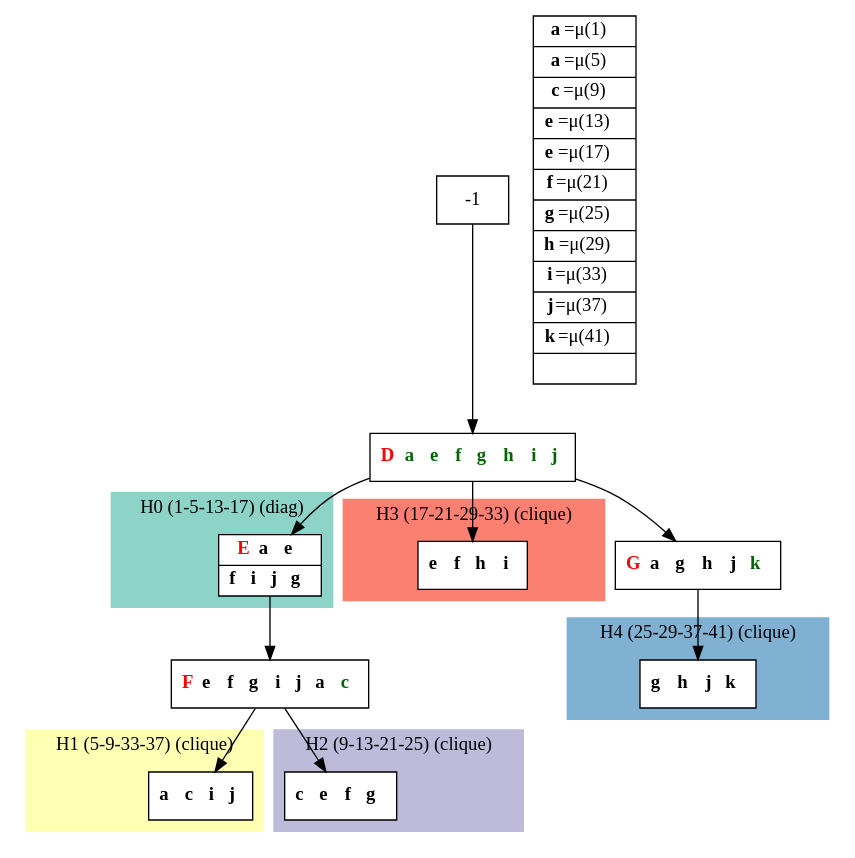
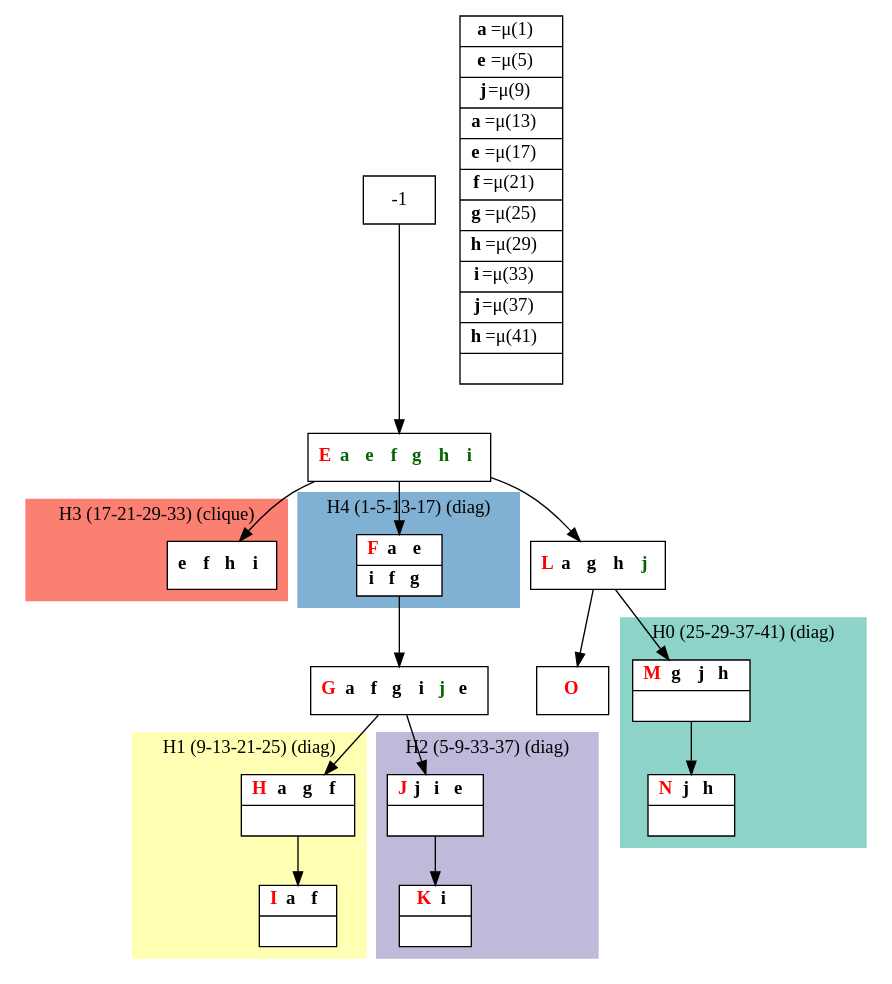
Before and after one commit to bmarchand/auto-dp: the diagram in results/compact_dot_files/compact_C5_letters.dot, drawn with Graphviz. The commit also changed 89 other files, not shown here.

```diff
--- a/results/compact_dot_files/compact_C5_letters.dot
+++ b/results/compact_dot_files/compact_C5_letters.dot
@@ -1,60 +1,65 @@
 digraph G {
     node [shape=box];
     subgraph cluster0 {
         node [style=filled,fillcolor=white];
         labeljust="l";
         style=filled;
         color="#8DD3C7";
-        H0_0;
-        label="H0 (1-5-13-17) (diag)";
+        H0_0 -> H0_5;
+        label="H0 (25-29-37-41) (diag)";
     }
     subgraph cluster1 {
         node [style=filled,fillcolor=white];
         labeljust="l";
         style=filled;
         color="#FFFFB3";
-        H1_0;
-        label="H1 (5-9-33-37) (clique)";
+        H1_0 -> H1_5;
+        label="H1 (9-13-21-25) (diag)";
     }
     subgraph cluster2 {
         node [style=filled,fillcolor=white];
         labeljust="l";
         style=filled;
         color="#BEBADA";
-        H2_0;
-        label="H2 (9-13-21-25) (clique)";
+        H2_0 -> H2_5;
+        label="H2 (5-9-33-37) (diag)";
     }
     subgraph cluster3 {
         node [style=filled,fillcolor=white];
         labeljust="l";
         style=filled;
         color="#FB8072";
         H3_0;
         label="H3 (17-21-29-33) (clique)";
     }
     subgraph cluster4 {
         node [style=filled,fillcolor=white];
         labeljust="l";
         style=filled;
         color="#80B1D3";
         H4_0;
-        label="H4 (25-29-37-41) (clique)";
+        label="H4 (1-5-13-17) (diag)";
     }
-     1 [shape=record,label= <{  <FONT COLOR="RED"><b>D</b></FONT> <b><FONT COLOR="DARKGREEN">a </FONT></b> <b><FONT COLOR="DARKGREEN">e </FONT></b> <b><FONT COLOR="DARKGREEN">f </FONT></b> <b><FONT COLOR="DARKGREEN">g </FONT></b> <b><FONT COLOR="DARKGREEN">h </FONT></b> <b><FONT COLOR="DARKGREEN">i </FONT></b> <b><FONT COLOR="DARKGREEN">j </FONT></b>}> ];
+     1 [shape=record,label= <{  <FONT COLOR="RED"><b>E</b></FONT> <b><FONT COLOR="DARKGREEN">a </FONT></b> <b><FONT COLOR="DARKGREEN">e </FONT></b> <b><FONT COLOR="DARKGREEN">f </FONT></b> <b><FONT COLOR="DARKGREEN">g </FONT></b> <b><FONT COLOR="DARKGREEN">h </FONT></b> <b><FONT COLOR="DARKGREEN">i </FONT></b>}> ];
      -1  ->  1;
-     H0_0 [shape=record,label= <{  <FONT COLOR="RED"><b>E</b></FONT> <b>a </b> <b>e </b>|  <b>f </b> <b>i </b> <b>j </b> <b>g </b>}> ];
-     1  ->  H0_0;
-     6 [shape=record,label= <{  <FONT COLOR="RED"><b>F</b></FONT> <b>e </b> <b>f </b> <b>g </b> <b>i </b> <b>j </b> <b>a </b> <b><FONT COLOR="DARKGREEN">c </FONT></b>}> ];
-     H0_0  ->  6;
-     H1_0 [shape=record,label= <{ <b>a </b> <b>c </b> <b>i </b> <b>j </b>}> ];
+     H4_0 [shape=record,label= <{  <FONT COLOR="RED"><b>F</b></FONT> <b>a </b> <b>e </b>|  <b>i </b> <b>f </b> <b>g </b>}> ];
+     1  ->  H4_0;
+     6 [shape=record,label= <{  <FONT COLOR="RED"><b>G</b></FONT> <b>a </b> <b>f </b> <b>g </b> <b>i </b> <b><FONT COLOR="DARKGREEN">j </FONT></b> <b>e </b>}> ];
+     H4_0  ->  6;
+     H1_0 [shape=record,label= <{  <FONT COLOR="RED"><b>H</b></FONT> <b>a </b> <b>g </b> <b>f </b>| }> ];
      6  ->  H1_0;
-     H2_0 [shape=record,label= <{ <b>c </b> <b>e </b> <b>f </b> <b>g </b>}> ];
+     H1_5 [shape=record,label= <{  <FONT COLOR="RED"><b>I</b></FONT> <b>a </b> <b>f </b>| }> ];
+     H2_0 [shape=record,label= <{  <FONT COLOR="RED"><b>J</b></FONT> <b>j </b> <b>i </b> <b>e </b>| }> ];
      6  ->  H2_0;
+     H2_5 [shape=record,label= <{  <FONT COLOR="RED"><b>K</b></FONT> <b>i </b>| }> ];
      H3_0 [shape=record,label= <{ <b>e </b> <b>f </b> <b>h </b> <b>i </b>}> ];
      1  ->  H3_0;
-     31 [shape=record,label= <{  <FONT COLOR="RED"><b>G</b></FONT> <b>a </b> <b>g </b> <b>h </b> <b>j </b> <b><FONT COLOR="DARKGREEN">k </FONT></b>}> ];
+     31 [shape=record,label= <{  <FONT COLOR="RED"><b>L</b></FONT> <b>a </b> <b>g </b> <b>h </b> <b><FONT COLOR="DARKGREEN">j </FONT></b>}> ];
      1  ->  31;
-     H4_0 [shape=record,label= <{ <b>g </b> <b>h </b> <b>j </b> <b>k </b>}> ];
-     31  ->  H4_0;
-    labels [shape=record,label= <{<b>a</b>=&#956;(1) | <b>a</b>=&#956;(5) | <b>c</b>=&#956;(9) | <b>e</b>=&#956;(13) | <b>e</b>=&#956;(17) | <b>f</b>=&#956;(21) | <b>g</b>=&#956;(25) | <b>h</b>=&#956;(29) | <b>i</b>=&#956;(33) | <b>j</b>=&#956;(37) | <b>k</b>=&#956;(41) | }> ];
+     H0_0 [shape=record,label= <{  <FONT COLOR="RED"><b>M</b></FONT> <b>g </b> <b>j </b> <b>h </b>| }> ];
+     31  ->  H0_0;
+     H0_5 [shape=record,label= <{  <FONT COLOR="RED"><b>N</b></FONT> <b>j </b> <b>h </b>| }> ];
+     _1 [shape=record,label= <{  <FONT COLOR="RED"><b>O</b></FONT>}> ];
+     31  ->  _1;
+    labels [shape=record,label= <{<b>a</b>=&#956;(1) | <b>e</b>=&#956;(5) | <b>j</b>=&#956;(9) | <b>a</b>=&#956;(13) | <b>e</b>=&#956;(17) | <b>f</b>=&#956;(21) | <b>g</b>=&#956;(25) | <b>h</b>=&#956;(29) | <b>i</b>=&#956;(33) | <b>j</b>=&#956;(37) | <b>h</b>=&#956;(41) | }> ];
 }
```
